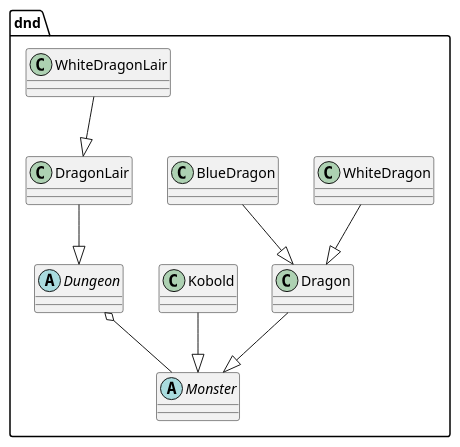
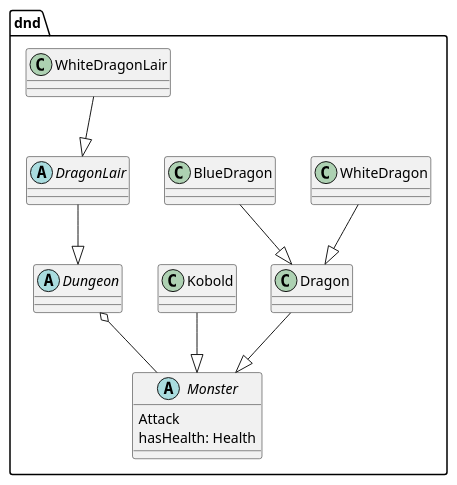
Before and after one commit to 0x65-e/oml-alexandria: the diagram in examples/UML.plantuml, drawn with PlantUML. The commit also changed other lines of this file and 16 other files, not shown here.

```diff
--- a/examples/UML.plantuml
+++ b/examples/UML.plantuml
@@ -1,19 +1,22 @@
 @startuml 
-
-package dnd
-{
-    abstract class Dungeon
-    abstract class Monster
-
-    Dragon --|> Monster
-    WhiteDragon --|> Dragon
-    BlueDragon --|> Dragon
-    Kobold --|> Monster
-
-    DragonLair --|> Dungeon
-    WhiteDragonLair --|> DragonLair
-
-    Dungeon o-- Monster
-}
-
-@enduml
+package dnd { 
+   abstract class Dungeon 
+   abstract class Monster { 
+         Attack 
+         hasHealth: Health
+      } 
+   Dungeon o-- Monster 
+   class Dragon 
+   Dragon --|> Monster 
+   class WhiteDragon 
+   WhiteDragon --|> Dragon 
+   class BlueDragon 
+   BlueDragon --|> Dragon 
+   class Kobold 
+   Kobold --|> Monster 
+   abstract class DragonLair 
+   DragonLair --|> Dungeon 
+   class WhiteDragonLair 
+   WhiteDragonLair --|> DragonLair 
+   } 
+@enduml 
```
